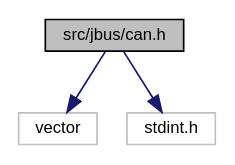
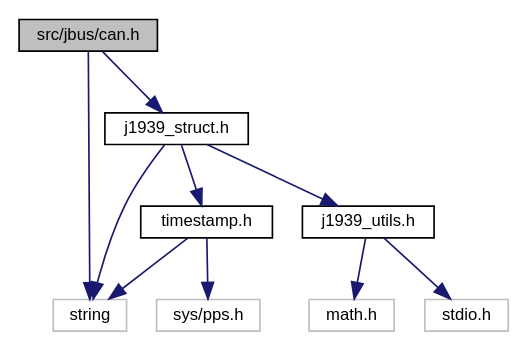
The diagram in docs/can_8h__incl.dot (AboudyKreidieh/truck-code), drawn with Graphviz before and after one commit. The commit also changed 657 other files, not shown here.

```diff
--- a/docs/can_8h__incl.dot
+++ b/docs/can_8h__incl.dot
@@ -1,10 +1,22 @@
 digraph "src/jbus/can.h"
 {
   edge [fontname="Helvetica",fontsize="10",labelfontname="Helvetica",labelfontsize="10"];
   node [fontname="Helvetica",fontsize="10",shape=record];
   Node0 [label="src/jbus/can.h",height=0.2,width=0.4,color="black", fillcolor="grey75", style="filled", fontcolor="black"];
   Node0 -> Node1 [color="midnightblue",fontsize="10",style="solid",fontname="Helvetica"];
-  Node1 [label="vector",height=0.2,width=0.4,color="grey75", fillcolor="white", style="filled"];
+  Node1 [label="j1939_struct.h",height=0.2,width=0.4,color="black", fillcolor="white", style="filled",URL="$j1939__struct_8h.html"];
+  Node1 -> Node2 [color="midnightblue",fontsize="10",style="solid",fontname="Helvetica"];
+  Node2 [label="string",height=0.2,width=0.4,color="grey75", fillcolor="white", style="filled"];
+  Node1 -> Node3 [color="midnightblue",fontsize="10",style="solid",fontname="Helvetica"];
+  Node3 [label="j1939_utils.h",height=0.2,width=0.4,color="black", fillcolor="white", style="filled",URL="$j1939__utils_8h.html"];
+  Node3 -> Node4 [color="midnightblue",fontsize="10",style="solid",fontname="Helvetica"];
+  Node4 [label="math.h",height=0.2,width=0.4,color="grey75", fillcolor="white", style="filled"];
+  Node3 -> Node5 [color="midnightblue",fontsize="10",style="solid",fontname="Helvetica"];
+  Node5 [label="stdio.h",height=0.2,width=0.4,color="grey75", fillcolor="white", style="filled"];
+  Node1 -> Node6 [color="midnightblue",fontsize="10",style="solid",fontname="Helvetica"];
+  Node6 [label="timestamp.h",height=0.2,width=0.4,color="black", fillcolor="white", style="filled",URL="$timestamp_8h.html"];
+  Node6 -> Node2 [color="midnightblue",fontsize="10",style="solid",fontname="Helvetica"];
+  Node6 -> Node7 [color="midnightblue",fontsize="10",style="solid",fontname="Helvetica"];
+  Node7 [label="sys/pps.h",height=0.2,width=0.4,color="grey75", fillcolor="white", style="filled"];
   Node0 -> Node2 [color="midnightblue",fontsize="10",style="solid",fontname="Helvetica"];
-  Node2 [label="stdint.h",height=0.2,width=0.4,color="grey75", fillcolor="white", style="filled"];
 }
```
